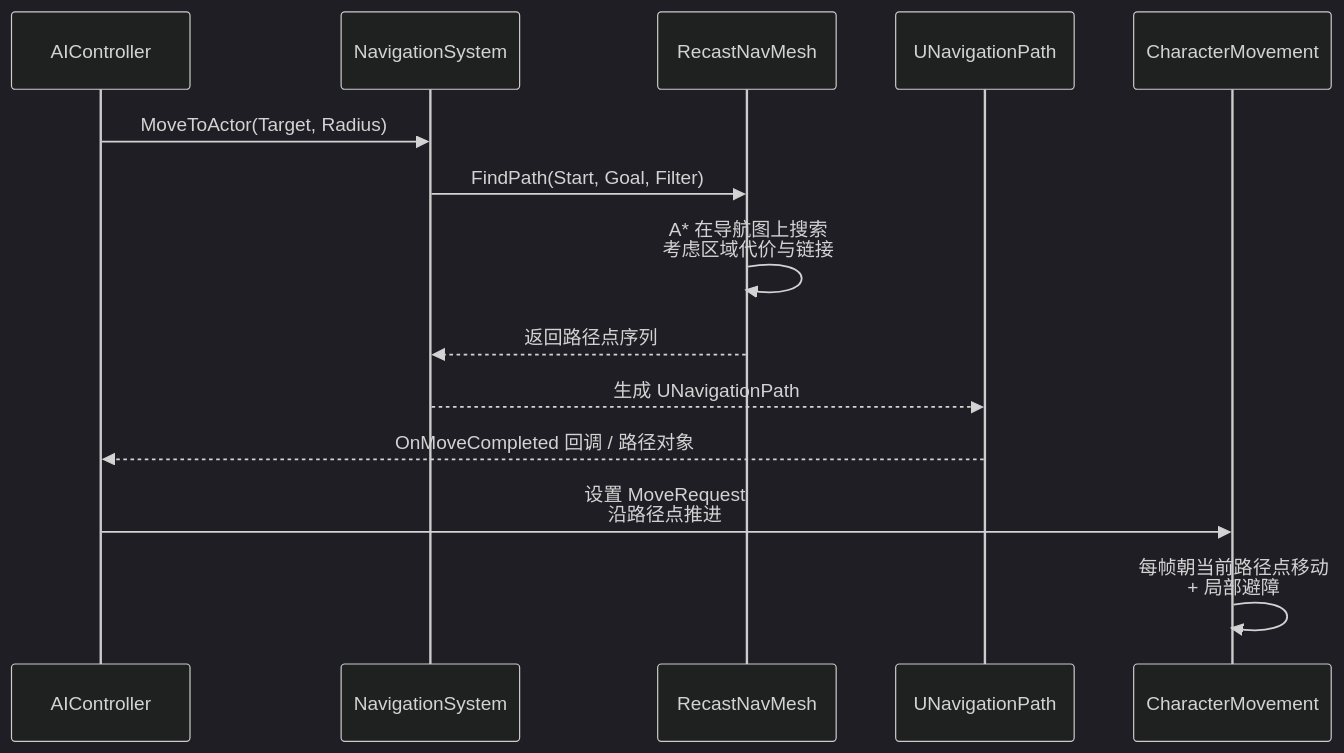
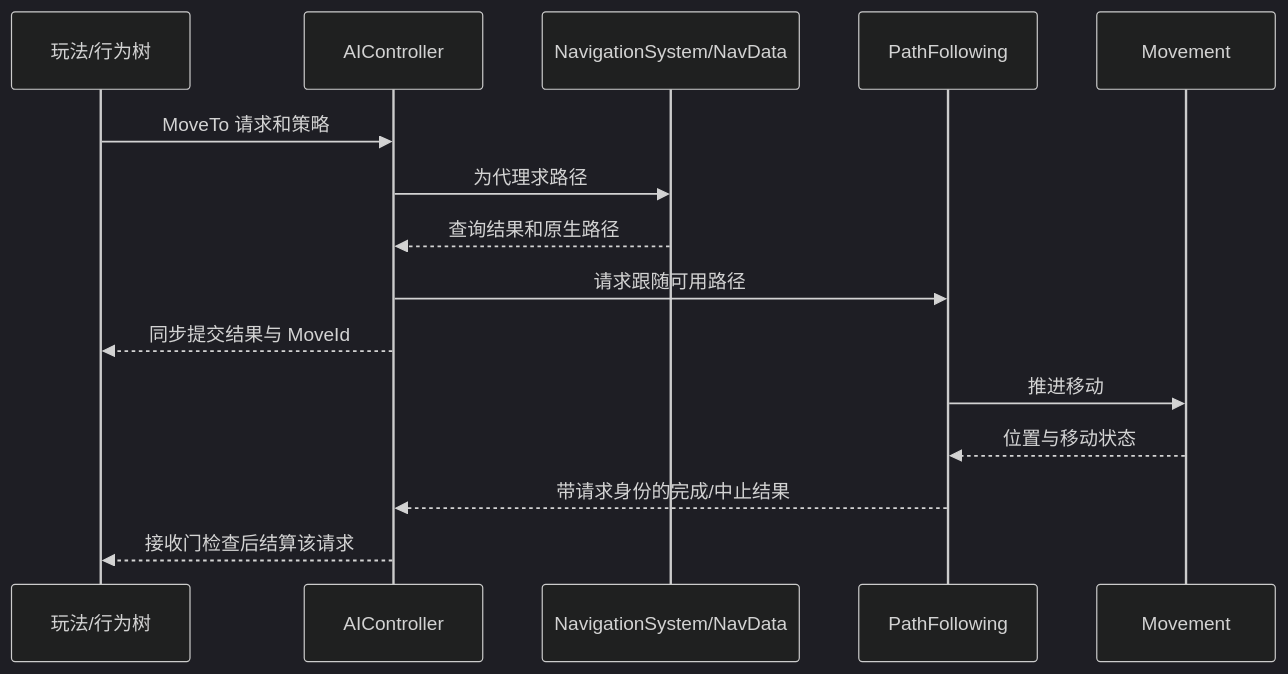
Before and after one commit to fantuan812/learning: the first of 7 diagrams in 知识/06-游戏AI/导航移动与群体协同/03-NavMesh寻路.md, drawn with Mermaid (dark theme). The commit also changed other lines of this file and 2 other files, not shown here.

````diff
--- a/知识/06-游戏AI/导航移动与群体协同/03-NavMesh寻路.md
+++ b/知识/06-游戏AI/导航移动与群体协同/03-NavMesh寻路.md
@@ -92,17 +56,17 @@
 ```mermaid
 sequenceDiagram
+    participant Game as 玩法/行为树
     participant AI as AIController
-    participant Nav as NavigationSystem
-    participant Mesh as RecastNavMesh
-    participant Path as UNavigationPath
-    participant Move as CharacterMovement
-
-    AI->>Nav: MoveToActor(Target, Radius)
-    Nav->>Mesh: FindPath(Start, Goal, Filter)
-    Mesh->>Mesh: A* 在导航图上搜索<br/>考虑区域代价与链接
-    Mesh-->>Nav: 返回路径点序列
-    Nav-->>Path: 生成 UNavigationPath
-    Path-->>AI: OnMoveCompleted 回调 / 路径对象
-    AI->>Move: 设置 MoveRequest<br/>沿路径点推进
-    Move->>Move: 每帧朝当前路径点移动<br/>+ 局部避障
+    participant Nav as NavigationSystem/NavData
+    participant Follow as PathFollowing
+    participant Move as Movement
+    Game->>AI: MoveTo 请求和策略
+    AI->>Nav: 为代理求路径
+    Nav-->>AI: 查询结果和原生路径
+    AI->>Follow: 请求跟随可用路径
+    AI-->>Game: 同步提交结果与 MoveId
+    Follow->>Move: 推进移动
+    Move-->>Follow: 位置与移动状态
+    Follow-->>AI: 带请求身份的完成/中止结果
+    AI-->>Game: 接收门检查后结算该请求
 ```
````
